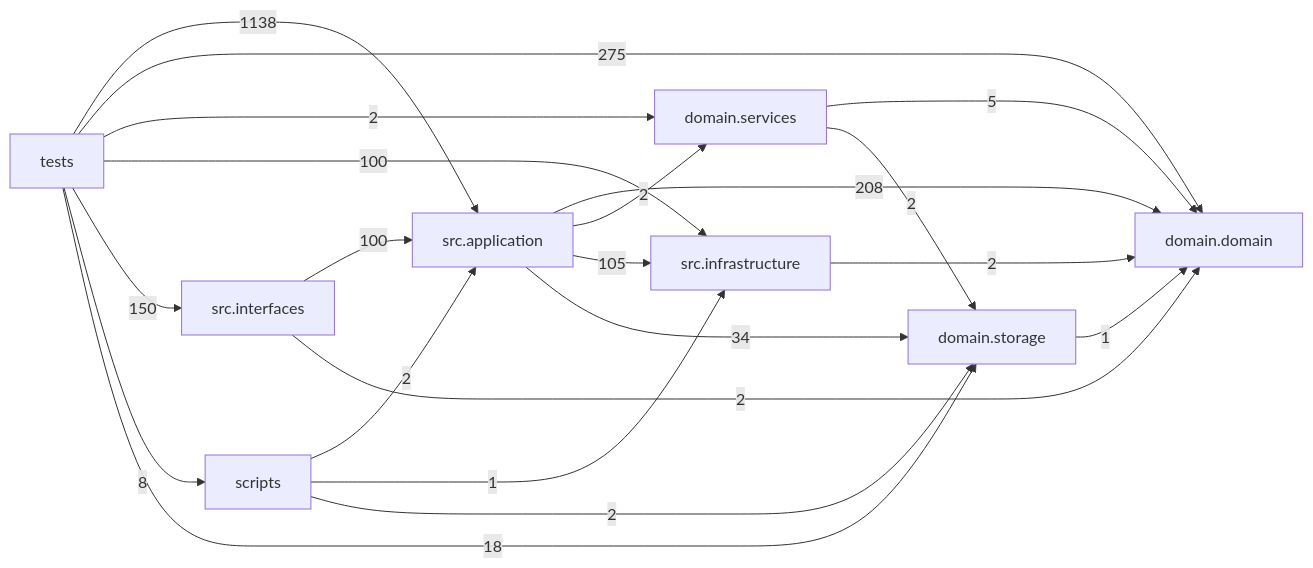
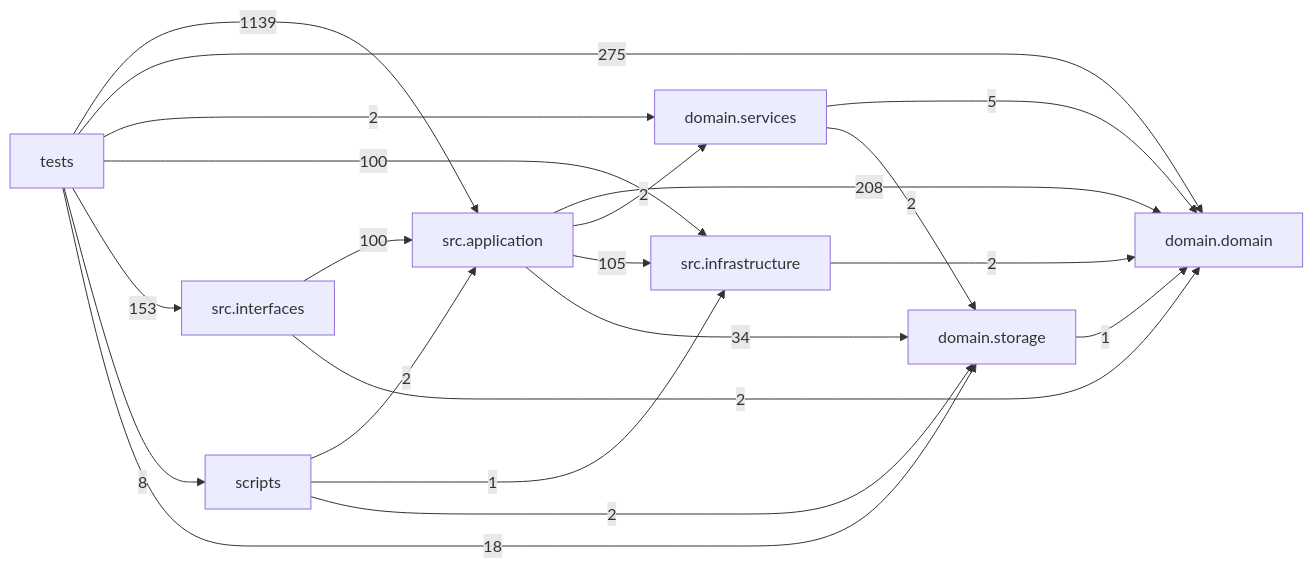
The diagram in docs/DEPENDENCY_GRAPH.md (liuxie066/options-monitor), drawn with Mermaid before and after one commit. The commit also changed other lines of this file and 8 other files, not shown here.

````diff
--- a/docs/DEPENDENCY_GRAPH.md
+++ b/docs/DEPENDENCY_GRAPH.md
@@ -24,31 +24,31 @@
 ```mermaid
 flowchart LR
   tests["tests"]
   scripts["scripts"]
   interfaces["src.interfaces"]
   application["src.application"]
   infrastructure["src.infrastructure"]
   domain_services["domain.services"]
   domain["domain.domain"]
   storage["domain.storage"]
   application -->|208| domain
   application -->|2| domain_services
   application -->|105| infrastructure
   application -->|34| storage
   domain_services -->|5| domain
   domain_services -->|2| storage
   infrastructure -->|2| domain
   interfaces -->|100| application
   interfaces -->|2| domain
   scripts -->|2| application
   scripts -->|1| infrastructure
   scripts -->|2| storage
   storage -->|1| domain
-  tests -->|1138| application
+  tests -->|1139| application
   tests -->|275| domain
   tests -->|2| domain_services
   tests -->|100| infrastructure
-  tests -->|150| interfaces
+  tests -->|153| interfaces
   tests -->|8| scripts
   tests -->|18| storage
 ```
````
